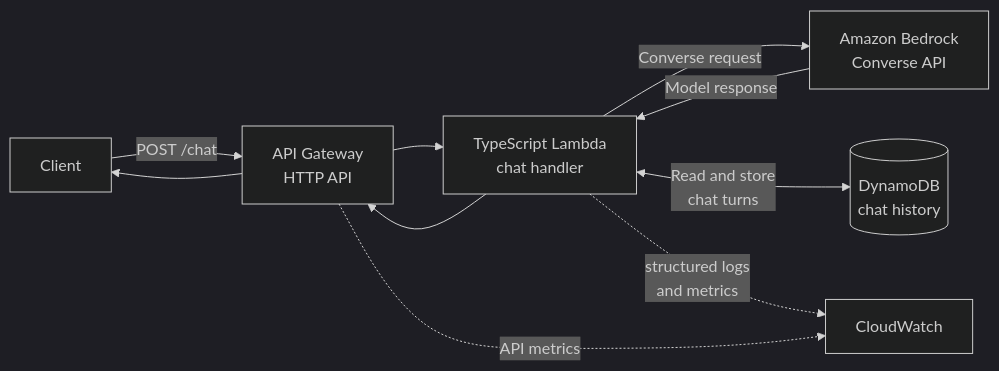
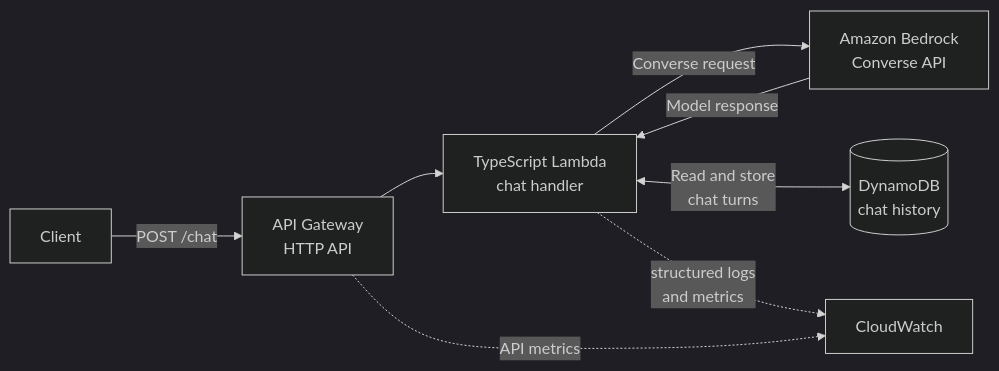
The diagram in README.md (hongzz0618/aws-genai-starter), drawn with Mermaid (dark theme) before and after one commit. The commit also changed other lines of this file, not shown here.

Commit message:
docs(genai): finalize architecture and error documentation

````diff
--- a/README.md
+++ b/README.md
@@ -13,16 +13,13 @@
 ```mermaid
 flowchart LR
     Client[Client] -->|"POST /chat"| APIGW["API Gateway<br/>HTTP API"]
     APIGW --> Lambda["TypeScript Lambda<br/>chat handler"]
 
     Lambda -->|"Converse request"| Bedrock["Amazon Bedrock<br/>Converse API"]
     Bedrock -->|"Model response"| Lambda
 
     Lambda <-->|"Read and store<br/>chat turns"| DynamoDB[("DynamoDB<br/>chat history")]
 
     Lambda -. "structured logs<br/>and metrics" .-> CloudWatch[CloudWatch]
     APIGW -. "API metrics" .-> CloudWatch
-
-    Lambda --> APIGW
-    APIGW --> Client
 ```
````
